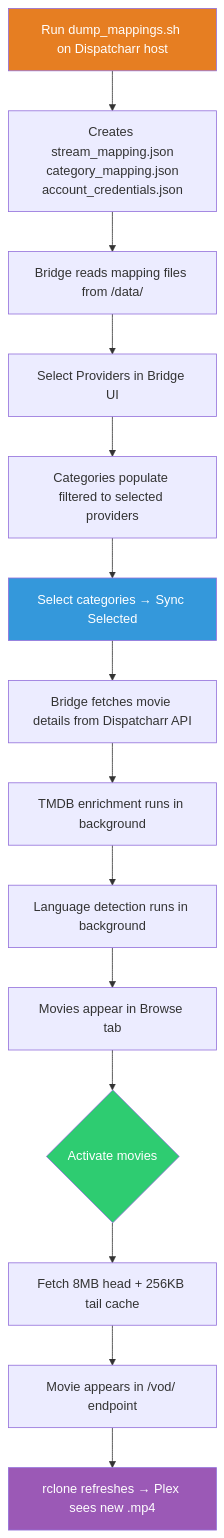
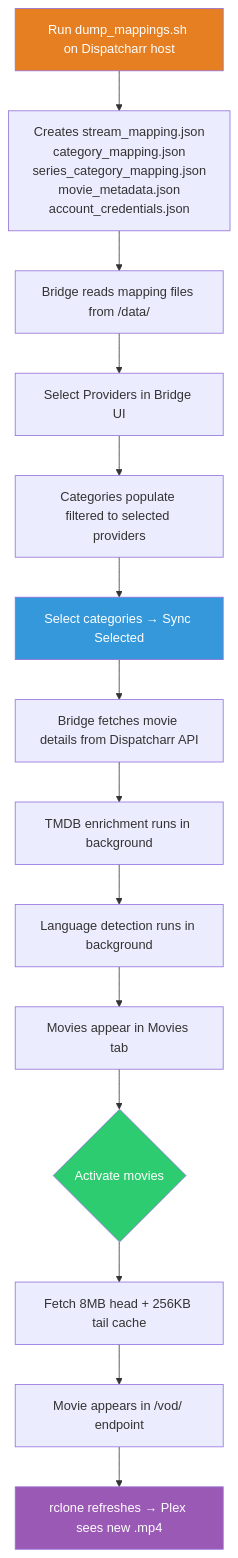
The fourth of 4 diagrams in README.md (knmplace/vod-plex-bridge), drawn with Mermaid before and after one commit. The commit also changed other lines of this file and 3 other files, not shown here.

````diff
--- a/README.md
+++ b/README.md
@@ -118,21 +123,21 @@
 ```mermaid
 flowchart TD
-    A[Run dump_mappings.sh on Dispatcharr host] --> B[Creates stream_mapping.json<br/>category_mapping.json<br/>account_credentials.json]
+    A[Run dump_mappings.sh on Dispatcharr host] --> B[Creates stream_mapping.json<br/>category_mapping.json<br/>series_category_mapping.json<br/>movie_metadata.json<br/>account_credentials.json]
     B --> C[Bridge reads mapping files from /data/]
     C --> D[Select Providers in Bridge UI]
     D --> E[Categories populate filtered to selected providers]
     E --> F[Select categories → Sync Selected]
     F --> G[Bridge fetches movie details from Dispatcharr API]
     G --> H[TMDB enrichment runs in background]
     H --> I[Language detection runs in background]
-    I --> J[Movies appear in Browse tab]
+    I --> J[Movies appear in Movies tab]
     J --> K{Activate movies}
     K --> L[Fetch 8MB head + 256KB tail cache]
     L --> M[Movie appears in /vod/ endpoint]
     M --> N["rclone refreshes → Plex sees new .mp4"]
 
     style A fill:#e67e22,color:#fff
     style F fill:#3498db,color:#fff
     style K fill:#2ecc71,color:#fff
     style N fill:#9b59b6,color:#fff
 ```
````
